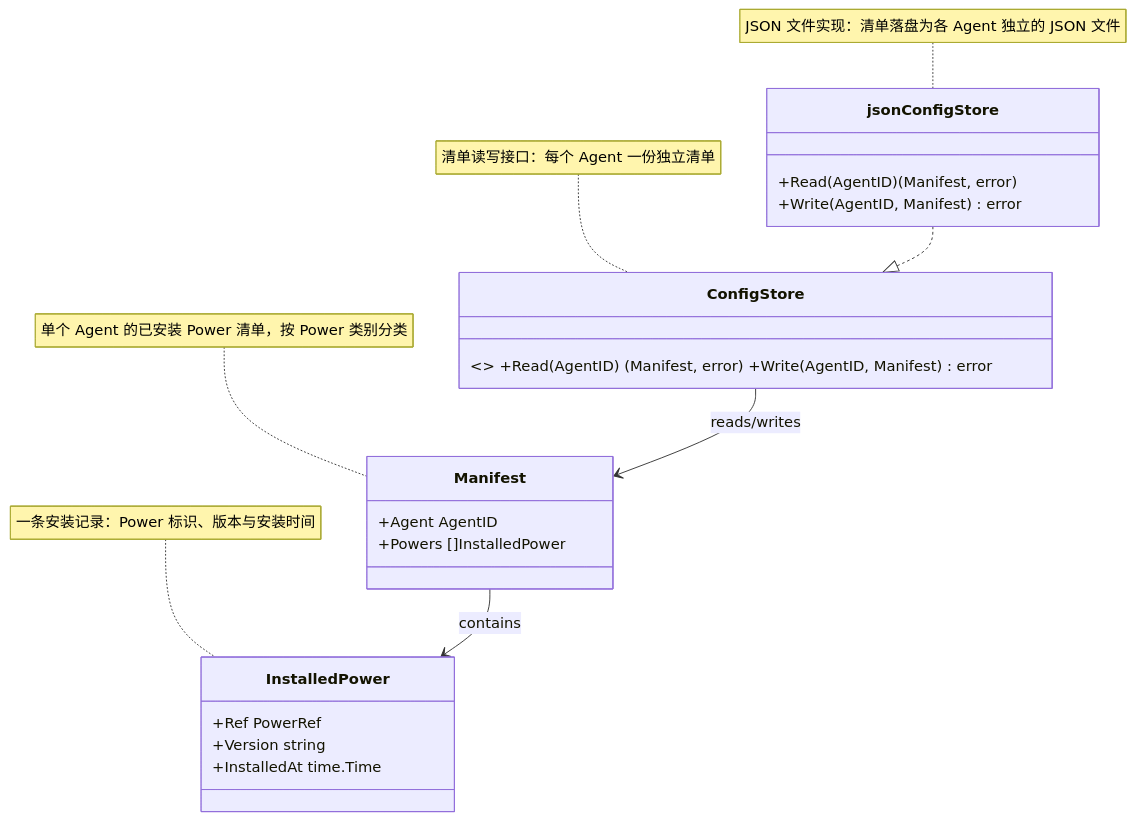
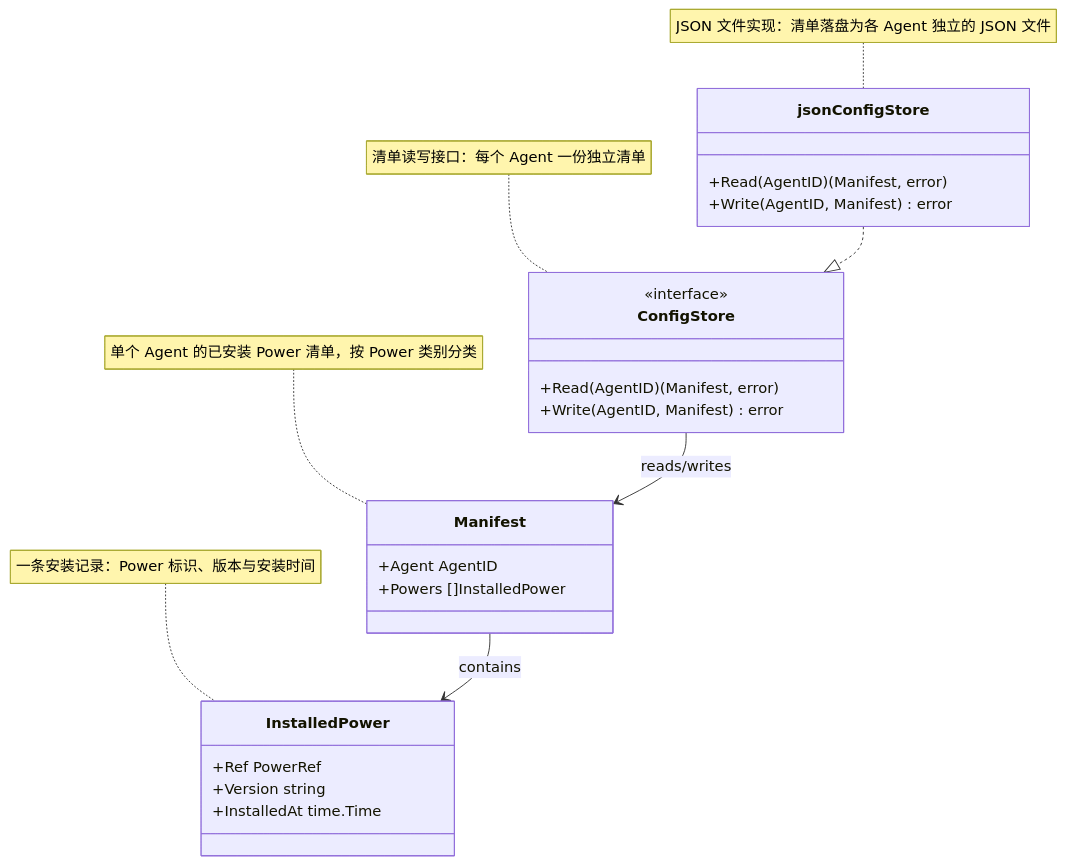
Before and after one commit to spacemit-com/agent-power-manager: the diagram in ivory-tower/c4/components/apm-cli-diagrams/config-model.mmd, drawn with Mermaid. The commit also changed 5 other files, not shown here.

```diff
--- a/ivory-tower/c4/components/apm-cli-diagrams/config-model.mmd
+++ b/ivory-tower/c4/components/apm-cli-diagrams/config-model.mmd
@@ -1,26 +1,30 @@
 classDiagram
     note for ConfigStore "清单读写接口：每个 Agent 一份独立清单"
-    class ConfigStore { <<interface>> +Read(AgentID) (Manifest, error) +Write(AgentID, Manifest) error }
+    class ConfigStore {
+        <<interface>>
+        +Read(AgentID) (Manifest, error)
+        +Write(AgentID, Manifest) error
+    }
 
     note for Manifest "单个 Agent 的已安装 Power 清单，按 Power 类别分类"
     class Manifest {
         +Agent AgentID
         +Powers []InstalledPower
     }
 
     note for InstalledPower "一条安装记录：Power 标识、版本与安装时间"
     class InstalledPower {
         +Ref PowerRef
         +Version string
         +InstalledAt time.Time
     }
 
     note for jsonConfigStore "JSON 文件实现：清单落盘为各 Agent 独立的 JSON 文件"
     class jsonConfigStore {
         +Read(AgentID) (Manifest, error)
         +Write(AgentID, Manifest) error
     }
 
     jsonConfigStore ..|> ConfigStore
     ConfigStore --> Manifest : reads/writes
     Manifest --> InstalledPower : contains
```
